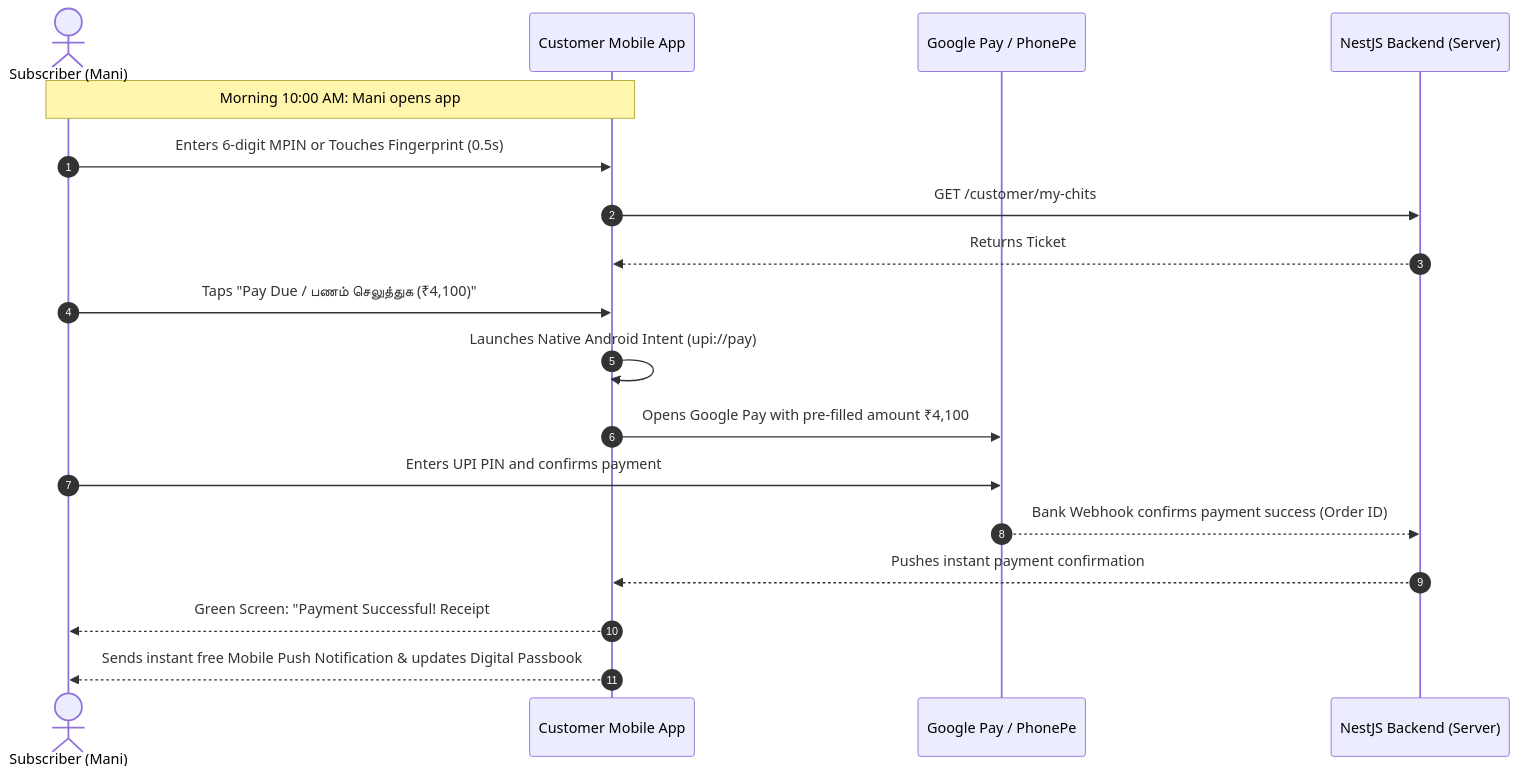
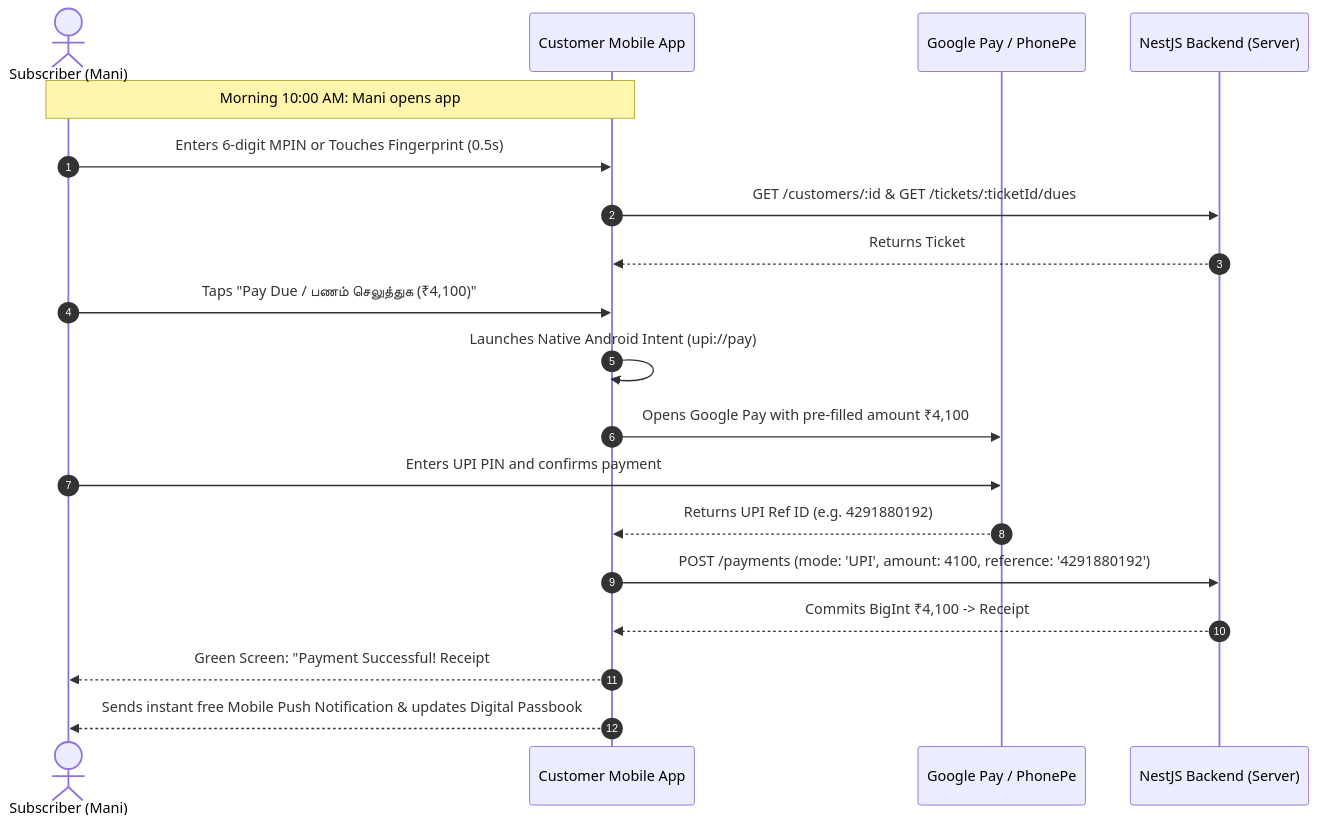
Before and after one commit to Kathir-24/Kumaran-finance: the second of 3 diagrams in docs/02-requirements/educational-guides/persona-4-customer.md, drawn with Mermaid. The commit also changed 11 other files, not shown here.

````diff
--- a/docs/02-requirements/educational-guides/persona-4-customer.md
+++ b/docs/02-requirements/educational-guides/persona-4-customer.md
@@ -116,21 +116,22 @@
 ```mermaid
 sequenceDiagram
     autonumber
     actor C as Subscriber (Mani)
     participant APP as Customer Mobile App
     participant UPI as Google Pay / PhonePe
     participant API as NestJS Backend (Server)
 
     Note over C,APP: Morning 10:00 AM: Mani opens app
     C->>APP: Enters 6-digit MPIN or Touches Fingerprint (0.5s)
-    APP->>API: GET /customer/my-chits
+    APP->>API: GET /customers/:id & GET /tickets/:ticketId/dues
     API-->>APP: Returns Ticket #9 (KCA-1L-20M-01) | Net Due: ₹4,100
     C->>APP: Taps "Pay Due / பணம் செலுத்துக (₹4,100)"
     APP->>APP: Launches Native Android Intent (upi://pay)
     APP->>UPI: Opens Google Pay with pre-filled amount ₹4,100
     C->>UPI: Enters UPI PIN and confirms payment
-    UPI-->>API: Bank Webhook confirms payment success (Order ID)
-    API-->>APP: Pushes instant payment confirmation
+    UPI-->>APP: Returns UPI Ref ID (e.g. 4291880192)
+    APP->>API: POST /payments (mode: 'UPI', amount: 4100, reference: '4291880192')
+    API-->>APP: Commits BigInt ₹4,100 -> Receipt #KC-REC-PRD-2026-00412
     APP-->>C: Green Screen: "Payment Successful! Receipt #KC-REC-00412"
     APP-->>C: Sends instant free Mobile Push Notification & updates Digital Passbook
 ```
````
